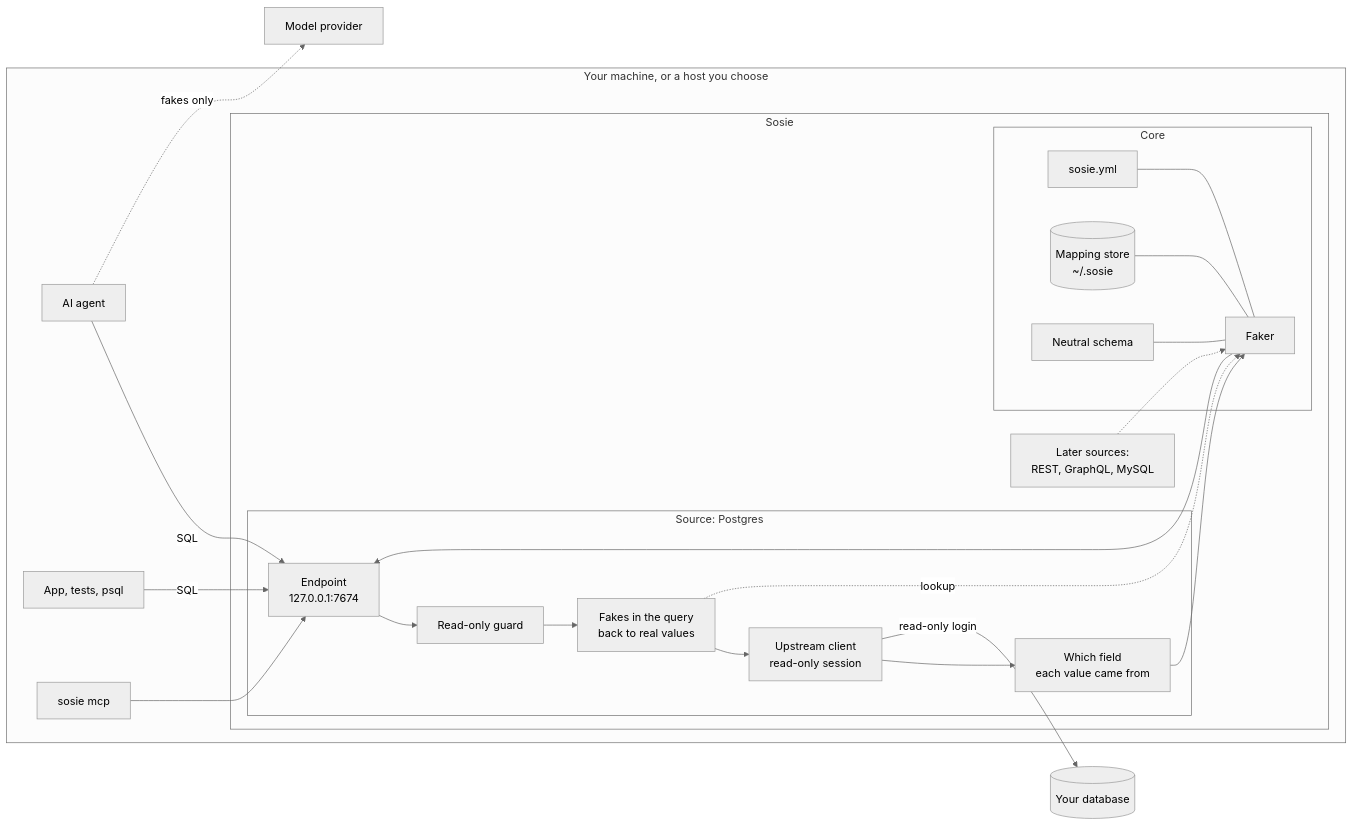
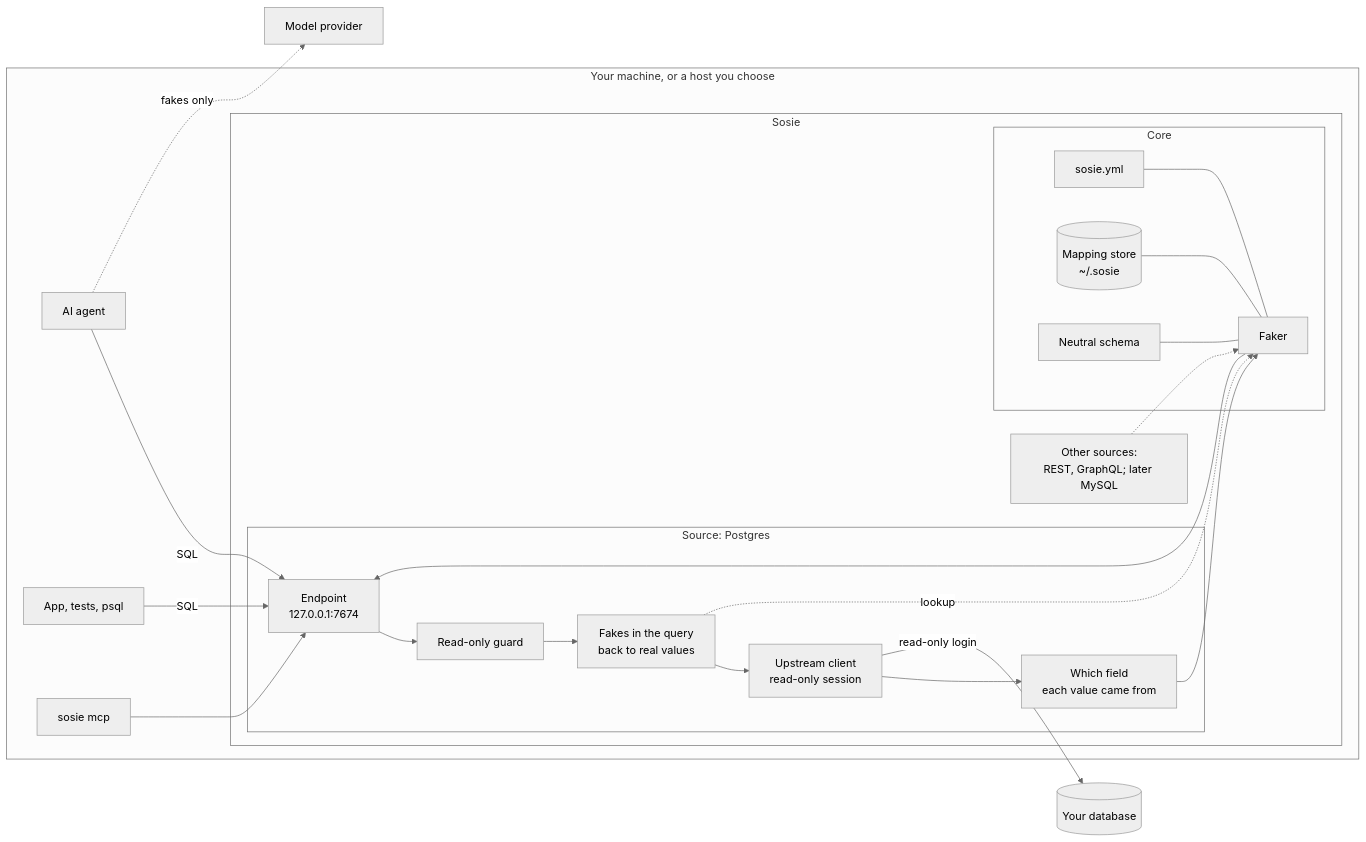
The first of 2 diagrams in docs/hld.md (monkilabs/sosie), drawn with Mermaid (neutral theme) before and after one commit. The commit also changed other lines of this file and 11 other files, not shown here.

First line of the commit message:
fix(graphql): introspection from the schema; every API message hidden; types by name

````diff
--- a/docs/hld.md
+++ b/docs/hld.md
@@ -52,28 +52,28 @@
 ```mermaid
 flowchart LR
   subgraph host["Your machine, or a host you choose"]
     agent["AI agent"] -->|SQL| endpoint
     app["App, tests, psql"] -->|SQL| endpoint
     mcp["sosie mcp"] --> endpoint
     subgraph sosie["Sosie"]
       subgraph pg["Source: Postgres"]
         endpoint["Endpoint<br/>127.0.0.1:7674"] --> guard["Read-only guard"]
         guard --> rewrite["Fakes in the query<br/>back to real values"]
         rewrite --> upstream["Upstream client<br/>read-only session"]
         upstream --> results["Which field<br/>each value came from"]
       end
       subgraph core["Core"]
         faker["Faker"]
         rules["sosie.yml"] --- faker
         store[("Mapping store<br/>~/.sosie")] --- faker
         schema["Neutral schema"] --- faker
       end
       results --> faker
       rewrite -. lookup .-> faker
       faker --> endpoint
-      later["Later sources:<br/>REST, GraphQL, MySQL"] -.-> faker
+      later["Other sources:<br/>REST, GraphQL; later MySQL"] -.-> faker
     end
   end
   upstream -->|read-only login| db[("Your database")]
   agent -.->|fakes only| model["Model provider"]
 ```
````
